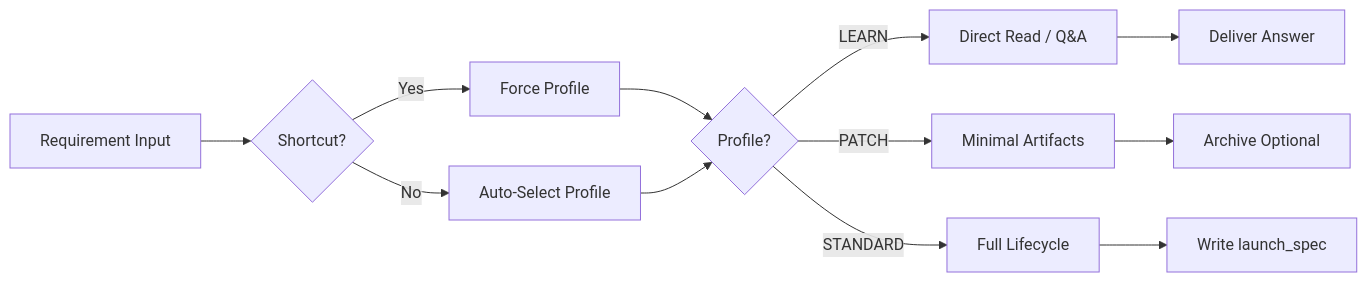
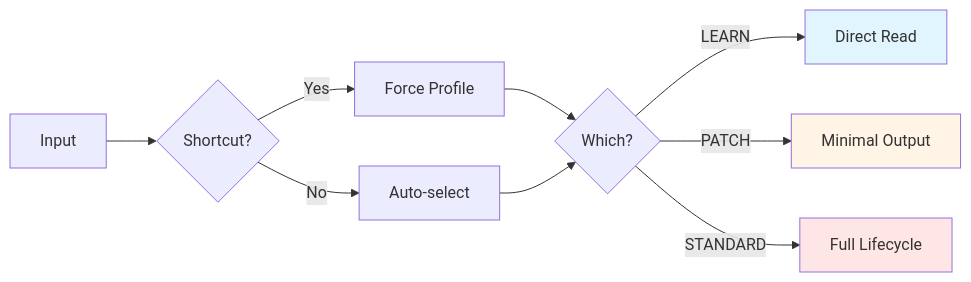
The fifth of 11 diagrams in ENGINEERING_MANUAL.md (listener-He/java-harness-agent), drawn with Mermaid before and after one commit. The commit also changed other lines of this file and 28 other files, not shown here.

````diff
--- a/ENGINEERING_MANUAL.md
+++ b/ENGINEERING_MANUAL.md
@@ -371,14 +523,15 @@
 ```mermaid
 flowchart LR
-  A[Requirement Input] --> B{Shortcut?}
+  A[Input] --> B{Shortcut?}
   B -->|Yes| C[Force Profile]
-  B -->|No| D[Auto-Select Profile]
-  C --> E{Profile?}
+  B -->|No| D[Auto-select]
+  C --> E{Which?}
   D --> E
-  E -->|LEARN| F[Direct Read / Q&A]
-  E -->|PATCH| G[Minimal Artifacts]
+  E -->|LEARN| F[Direct Read]
+  E -->|PATCH| G[Minimal Output]
   E -->|STANDARD| H[Full Lifecycle]
-  F --> I[Deliver Answer]
-  G --> J[Archive Optional]
-  H --> K[Write launch_spec]
+
+  style F fill:#e1f5ff
+  style G fill:#fff4e6
+  style H fill:#ffe6e6
 ```
````
